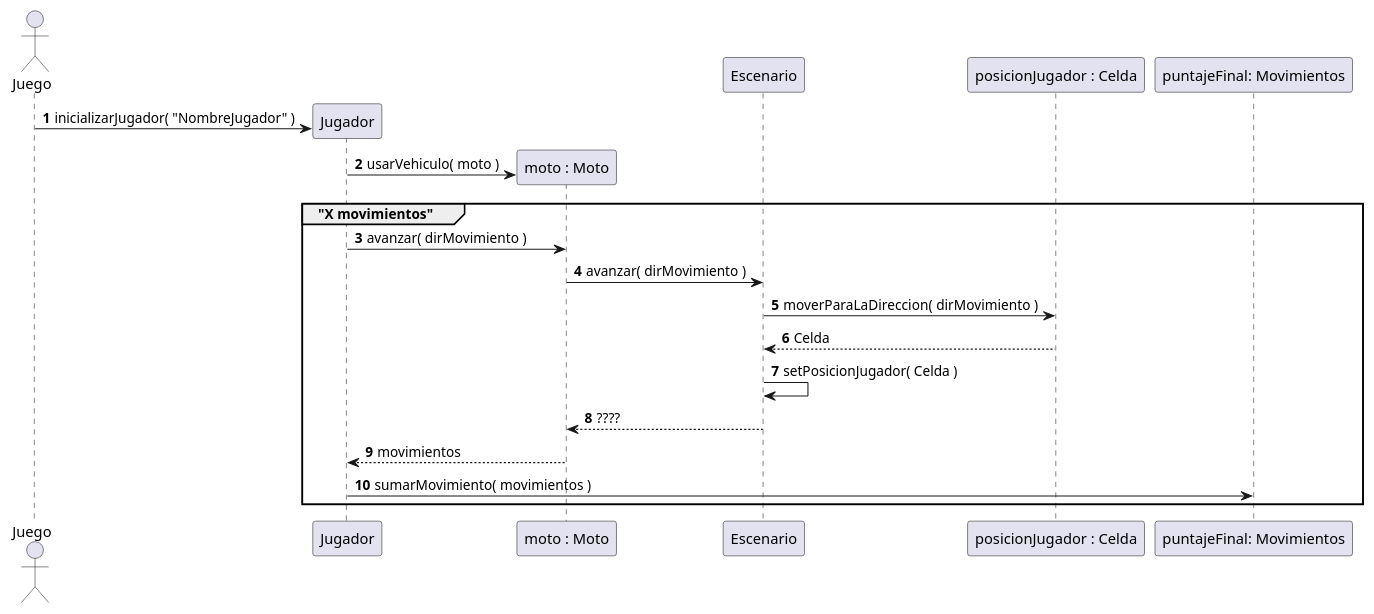
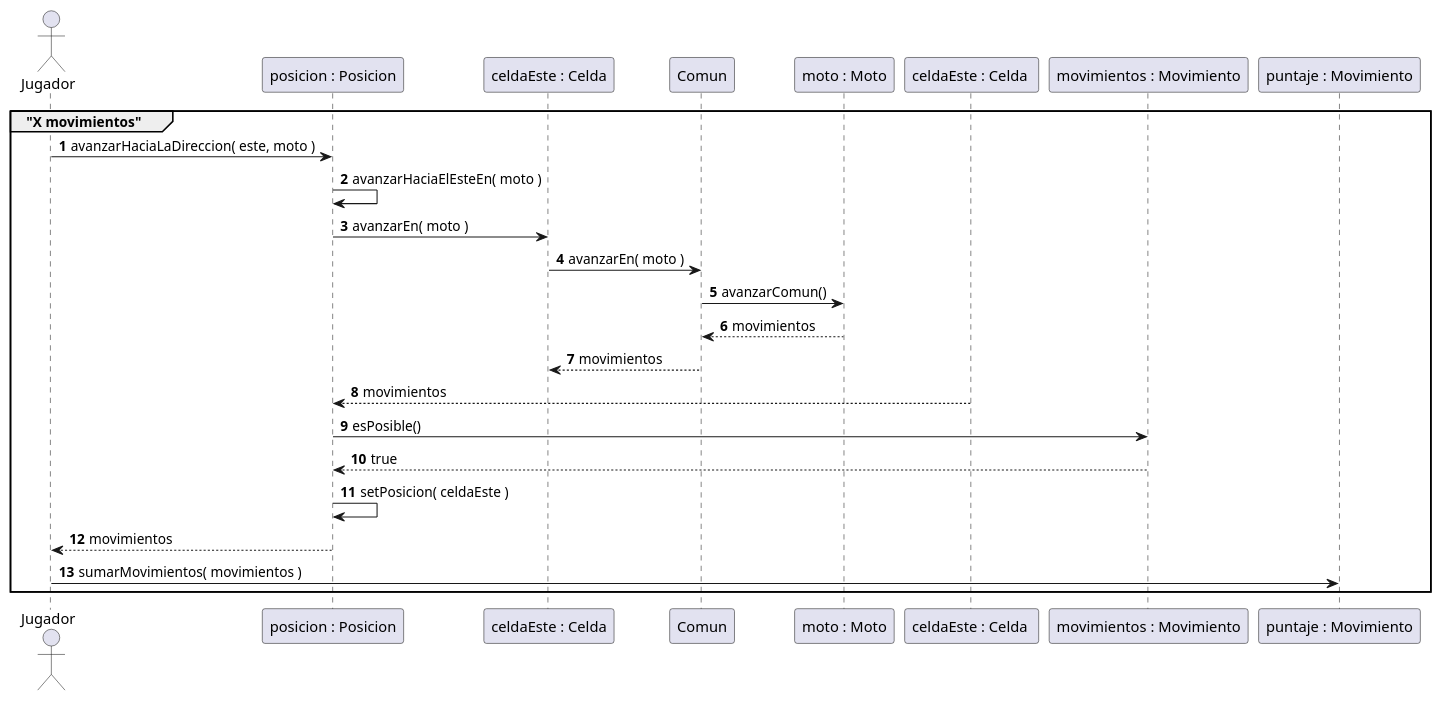
The diagram in diagrams/borradores/DiagramaSequencia_v0_2.puml (rodrigovzq/algo3_tp2), drawn with PlantUML before and after one commit.

Commit message:
DiagramaSeq v2 actualizado usando PatronState

```diff
--- a/diagrams/borradores/DiagramaSequencia_v0_2.puml
+++ b/diagrams/borradores/DiagramaSequencia_v0_2.puml
@@ -1,35 +1,29 @@
 @startuml
 autonumber
-actor Juego
-
-create Jugador
-Juego -> Jugador: inicializarJugador( "NombreJugador" )
-
-create "moto : Moto"
-Jugador -> "moto : Moto": usarVehiculo( moto )
-
-' Esta solución alternativa, donde el escenario tiene
-'la celda con la posición del jugador (que al ser un grafo es
-'suficiente para movernos)
+actor Jugador
 
 group "X movimientos"
-Jugador -> "moto : Moto": avanzar( dirMovimiento )
-"moto : Moto" -> Escenario: avanzar( dirMovimiento )
-Escenario -> "posicionJugador : Celda" : moverParaLaDireccion( dirMovimiento )
-"posicionJugador : Celda" --> Escenario: Celda
-Escenario -> Escenario : setPosicionJugador( Celda )
-Escenario --> "moto : Moto": ????
+Jugador -> "posicion : Posicion": avanzarHaciaLaDireccion( este, moto )
+"posicion : Posicion" -> "posicion : Posicion": avanzarHaciaElEsteEn( moto )
+"posicion : Posicion" -> "celdaEste : Celda" : avanzarEn( moto )
+"celdaEste : Celda" -> Comun: avanzarEn( moto )
+Comun -> "moto : Moto": avanzarComun()
 
-' El problema acá es que de alguna forma, el vehiculo
-' tiene que saber que tiene la celda para saber la cantidad
-' de movimientos.
-' O al reves, la celda saber con que vehiculo queremos avanzar.
+"moto : Moto" --> Comun: movimientos
+Comun --> "celdaEste : Celda": movimientos
+"celdaEste : Celda "--> "posicion : Posicion": movimientos
 
-'Por ejemplo, ¿Que pasa si nos encontramos un piquete
-'y no puedo avanzar?
+'Viola el TellDontAsk, pero no es la solucion final.
+'Es para chequear que el movimiento es posible, por ejemplo,
+'cuando queres pasar por un piquete con un auto. No debemos actualizar
+'la posicion, ya que no podemos avanzar.
+"posicion : Posicion" -> "movimientos : Movimiento": esPosible()
+"movimientos : Movimiento" --> "posicion : Posicion": true
+"posicion : Posicion" -> "posicion : Posicion": setPosicion( celdaEste )
 
-"moto : Moto" --> Jugador: movimientos
-Jugador -> "puntajeFinal: Movimientos": sumarMovimiento( movimientos )
+"posicion : Posicion" --> Jugador: movimientos
+
+Jugador -> "puntaje : Movimiento": sumarMovimientos( movimientos )
 end
 
 @enduml
```
